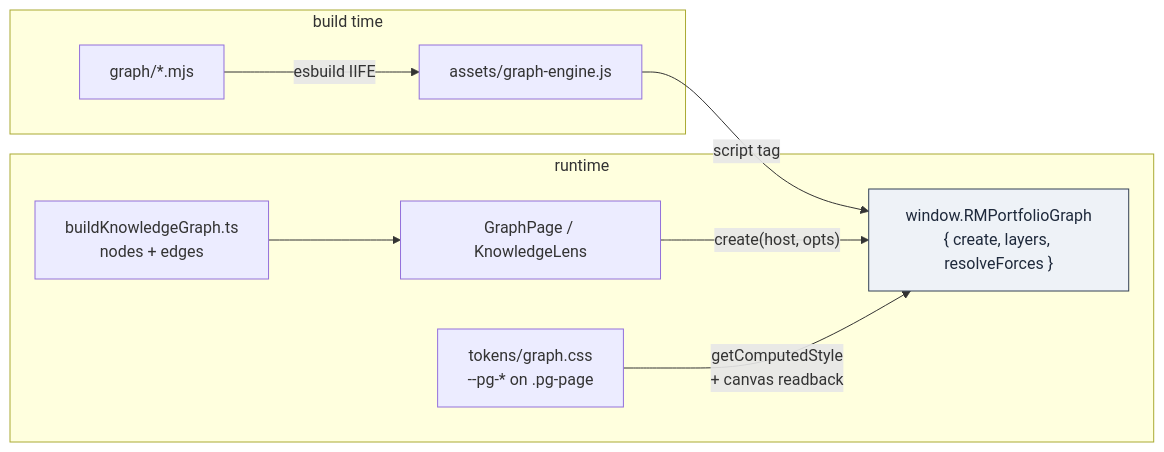
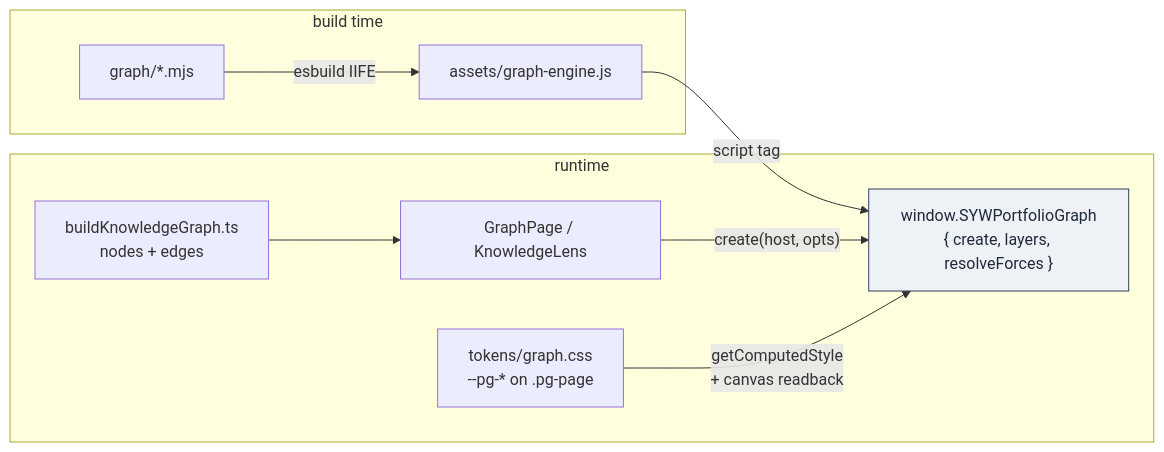
One commit to rolefinder/show-your-work changed diagram 12 of 14 in ARCHITECTURE.md. Above: the diagram before and after it, drawn with Mermaid. The commit also changed other lines of this file and 77 other files, not shown here.

````diff
--- a/ARCHITECTURE.md
+++ b/ARCHITECTURE.md
@@ -602,15 +601,15 @@
 ```mermaid
 flowchart LR
     subgraph BUILD["build time"]
         GM["graph/*.mjs"] -->|esbuild IIFE| GJ["assets/graph-engine.js"]
     end
 
     subgraph RUN["runtime"]
-        GJ -->|script tag| WIN["window.RMPortfolioGraph<br/>{ create, layers, resolveForces }"]
+        GJ -->|script tag| WIN["window.SYWPortfolioGraph<br/>{ create, layers, resolveForces }"]
         KG["buildKnowledgeGraph.ts<br/>nodes + edges"] --> GP["GraphPage / KnowledgeLens"]
         GP -->|"create(host, opts)"| WIN
         CSS["tokens/graph.css<br/>--pg-* on .pg-page"] -->|"getComputedStyle<br/>+ canvas readback"| WIN
     end
 
     style WIN fill:#eef2f7,stroke:#334155,color:#1e293b
 ```
````
